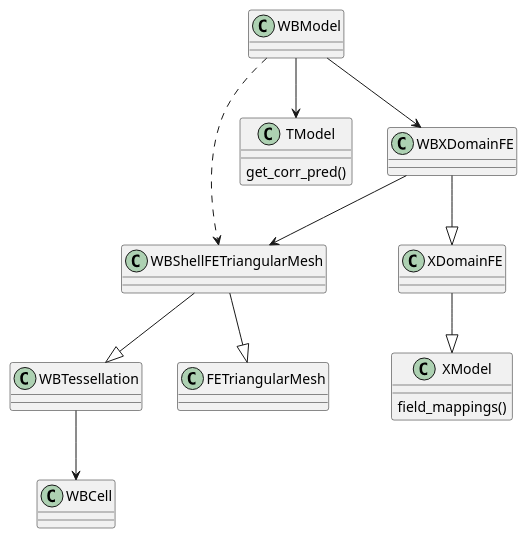
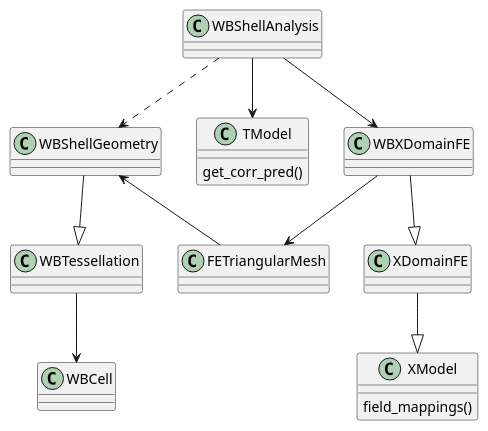
The diagram in bmcs_shell/folding/class_diagram.puml (bmcs-group/bmcs_shell), drawn with PlantUML before and after one commit. The commit also changed 13 other files, not shown here.

Commit message:
refactored corresponding to UML class diagram

```diff
--- a/bmcs_shell/folding/class_diagram.puml
+++ b/bmcs_shell/folding/class_diagram.puml
@@ -1,44 +1,44 @@
 @startuml
 'https://plantuml.com/class-diagram
 
 class WBCell {
 }
 
 class WBTessellation {
 
 }
 
 WBTessellation --> WBCell
 
 class FETriangularMesh{
 }
 
-class WBShellFETriangularMesh{
+class WBShellGeometry{
 }
 
-WBShellFETriangularMesh --|> WBTessellation
+WBShellGeometry --|> WBTessellation
 
-WBShellFETriangularMesh --|> FETriangularMesh
+WBShellGeometry <-- FETriangularMesh
 
 
 class TModel{
     get_corr_pred()
 }
 
 class XModel{
     field_mappings()
 }
 
 class WBXDomainFE{
 }
 
 XDomainFE --|> XModel
 WBXDomainFE --|> XDomainFE
 
-WBXDomainFE --> WBShellFETriangularMesh
+WBXDomainFE --> FETriangularMesh
 
-WBModel ..> WBShellFETriangularMesh
-WBModel --> TModel
-WBModel --> WBXDomainFE
+WBShellAnalysis ..> WBShellGeometry
+WBShellAnalysis --> TModel
+WBShellAnalysis --> WBXDomainFE
 
 @enduml
```
